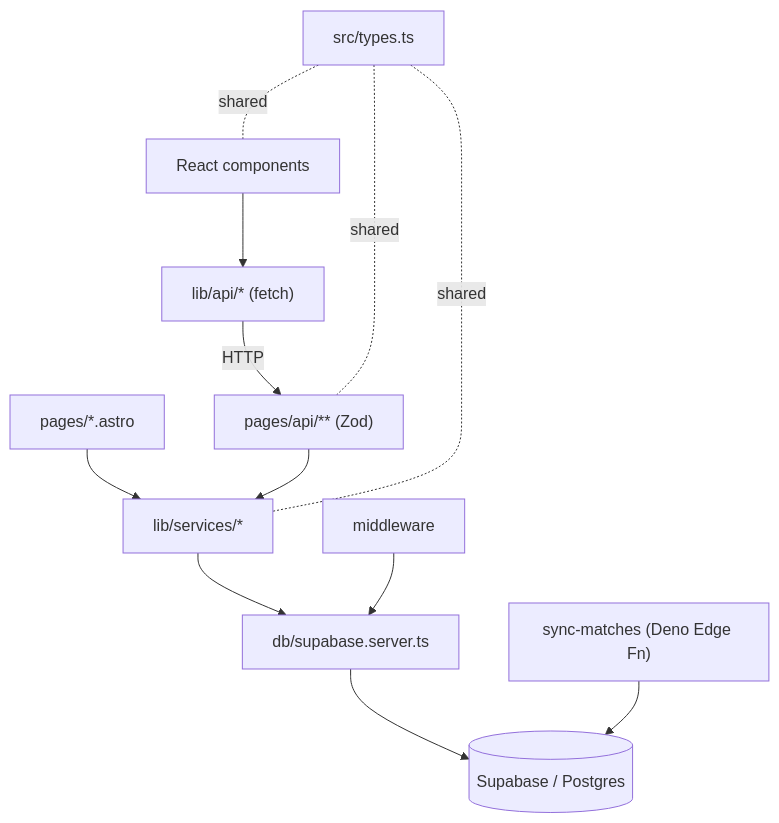
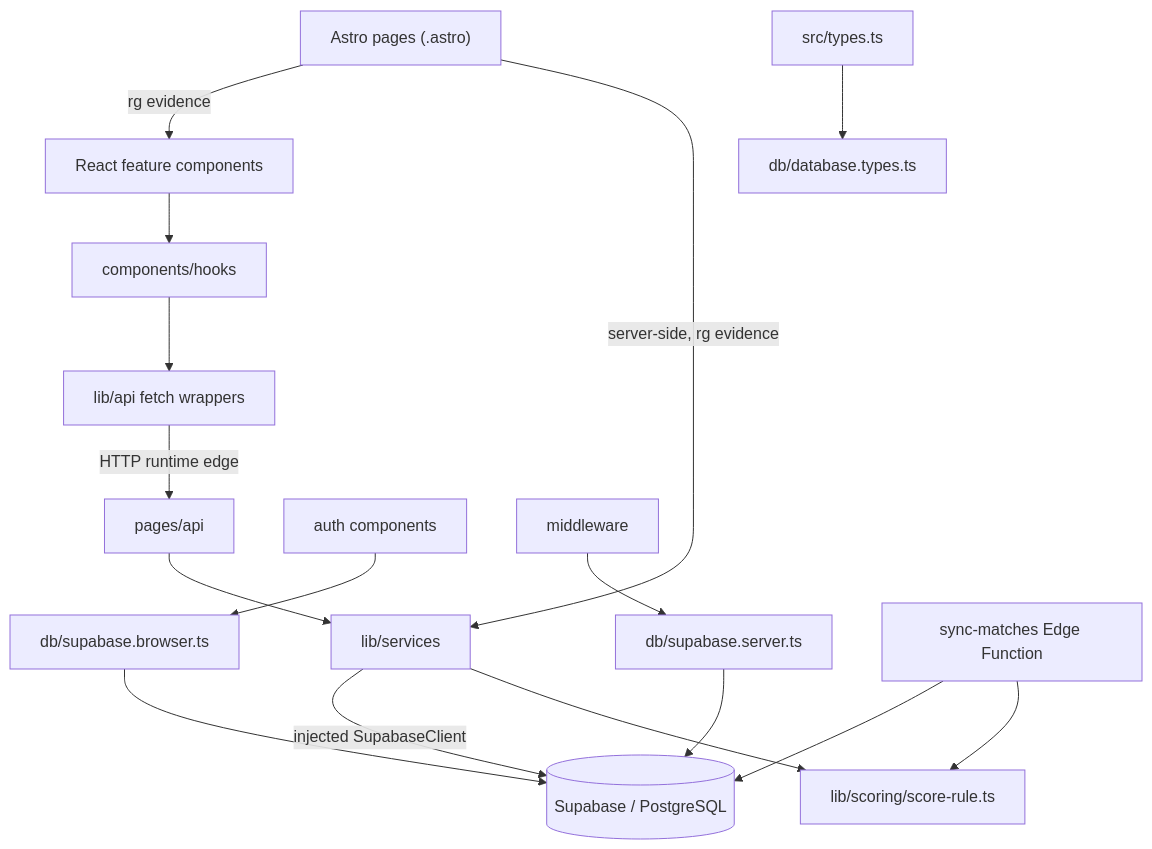
Before and after one commit to JarekLatek/betMate: the diagram in context/map/artifact-2-structure.md, drawn with Mermaid. The commit also changed other lines of this file and 16 other files, not shown here.

Commit message:
chore(architect): add project map and scoring research

````diff
--- a/context/map/artifact-2-structure.md
+++ b/context/map/artifact-2-structure.md
@@ -26,14 +30,18 @@
 ```mermaid
 flowchart TD
-  Browser["React components"] --> ClientAPI["lib/api/* (fetch)"]
-  ClientAPI -->|HTTP| API["pages/api/** (Zod)"]
-  AstroPages["pages/*.astro"] --> Services
-  API --> Services["lib/services/*"]
-  Services --> DB["db/supabase.server.ts"]
-  MW["middleware"] --> DB
-  DB --> PG[("Supabase / Postgres")]
-  Sync["sync-matches (Deno Edge Fn)"] --> PG
-  Types["src/types.ts"] -.shared.- API
-  Types -.shared.- Services
-  Types -.shared.- Browser
+  Astro["Astro pages (.astro)"] -->|rg evidence| React["React feature components"]
+  Astro -->|server-side, rg evidence| Services["lib/services"]
+  React --> Hooks["components/hooks"]
+  Hooks --> ClientAPI["lib/api fetch wrappers"]
+  ClientAPI -->|HTTP runtime edge| API["pages/api"]
+  API --> Services
+  Services -->|injected SupabaseClient| PG[("Supabase / PostgreSQL")]
+  AuthUI["auth components"] --> BrowserDB["db/supabase.browser.ts"]
+  BrowserDB --> PG
+  Middleware["middleware"] --> ServerDB["db/supabase.server.ts"]
+  ServerDB --> PG
+  Edge["sync-matches Edge Function"] --> PG
+  Edge --> Rule["lib/scoring/score-rule.ts"]
+  Services --> Rule
+  Types["src/types.ts"] --> DBTypes["db/database.types.ts"]
 ```
````
